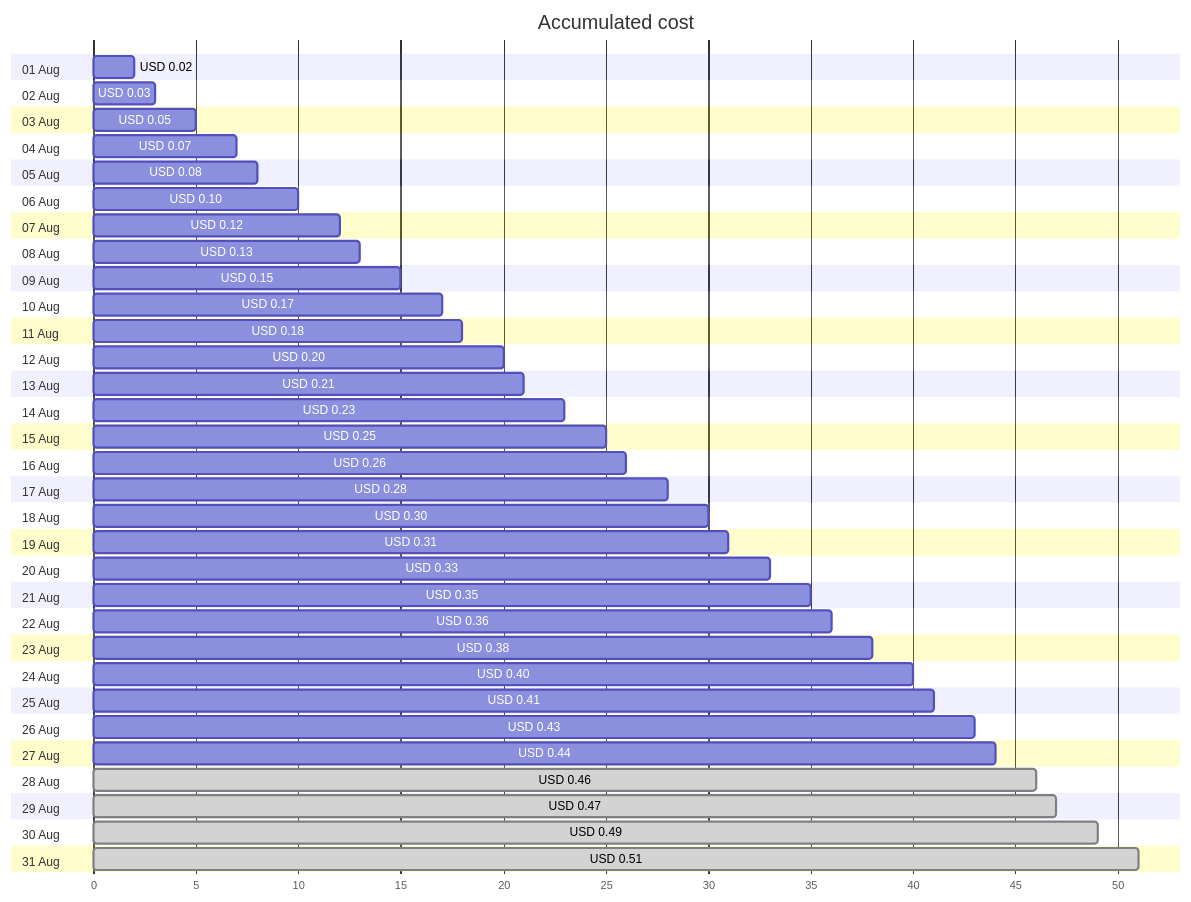
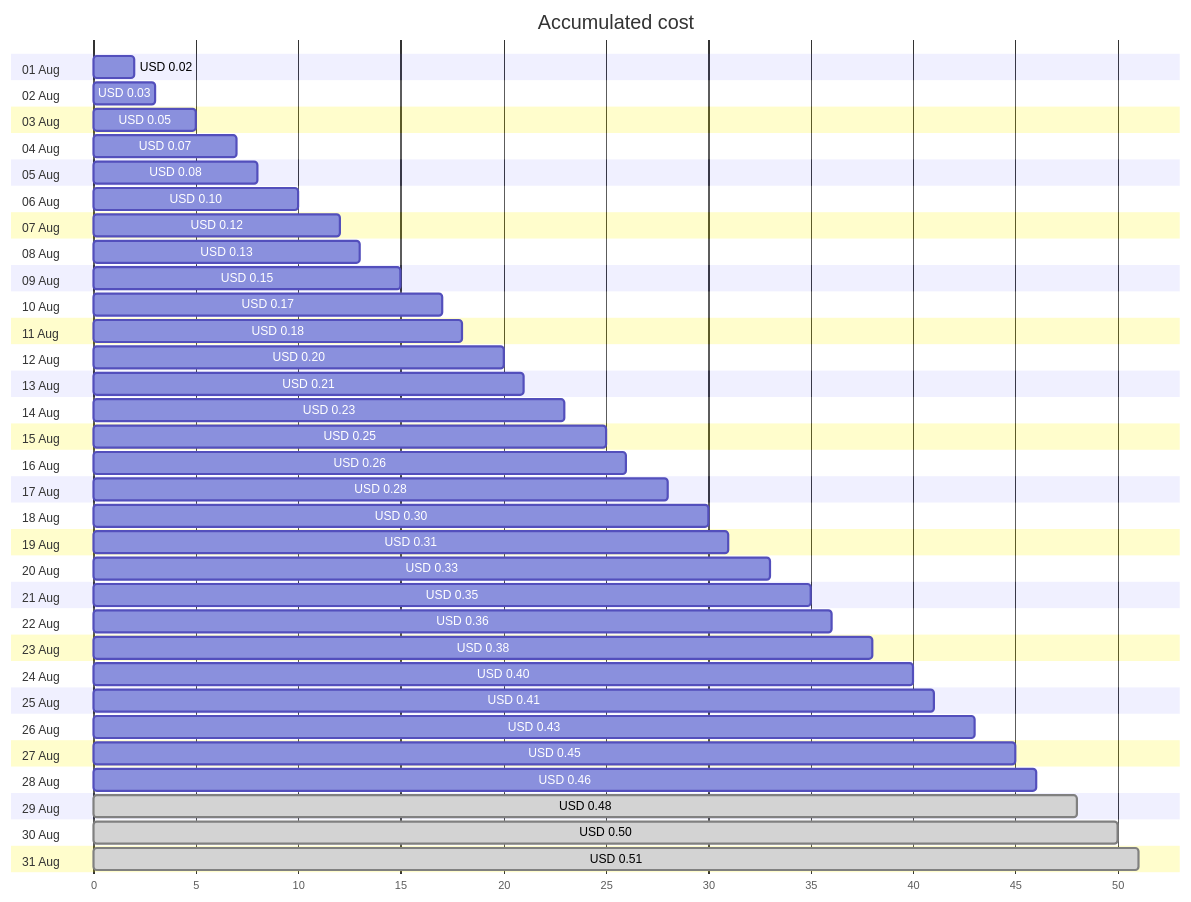
One commit to jpfulton/azure-personal-reports changed the first of 4 diagrams in cost-reports/personal-dns/jpatrickfulton.dev.md. Above: the diagram before and after it, drawn with Mermaid. The commit also changed other lines of this file and 2 other files, not shown here.

````diff
--- a/cost-reports/personal-dns/jpatrickfulton.dev.md
+++ b/cost-reports/personal-dns/jpatrickfulton.dev.md
@@ -20,68 +20,68 @@
 ```mermaid
 gantt
    title Accumulated cost
    dateFormat  X
    axisFormat %s
    section 01 Aug
    USD 0.02 :0, 2
    section 02 Aug
    USD 0.03 :0, 3
    section 03 Aug
    USD 0.05 :0, 5
    section 04 Aug
    USD 0.07 :0, 7
    section 05 Aug
    USD 0.08 :0, 8
    section 06 Aug
    USD 0.10 :0, 10
    section 07 Aug
    USD 0.12 :0, 12
    section 08 Aug
    USD 0.13 :0, 13
    section 09 Aug
    USD 0.15 :0, 15
    section 10 Aug
    USD 0.17 :0, 17
    section 11 Aug
    USD 0.18 :0, 18
    section 12 Aug
    USD 0.20 :0, 20
    section 13 Aug
    USD 0.21 :0, 21
    section 14 Aug
    USD 0.23 :0, 23
    section 15 Aug
    USD 0.25 :0, 25
    section 16 Aug
    USD 0.26 :0, 26
    section 17 Aug
    USD 0.28 :0, 28
    section 18 Aug
    USD 0.30 :0, 30
    section 19 Aug
    USD 0.31 :0, 31
    section 20 Aug
    USD 0.33 :0, 33
    section 21 Aug
    USD 0.35 :0, 35
    section 22 Aug
    USD 0.36 :0, 36
    section 23 Aug
    USD 0.38 :0, 38
    section 24 Aug
    USD 0.40 :0, 40
    section 25 Aug
    USD 0.41 :0, 41
    section 26 Aug
    USD 0.43 :0, 43
    section 27 Aug
-   USD 0.44 :0, 44
+   USD 0.45 :0, 45
    section 28 Aug
-   USD 0.46 : done, 0, 46
+   USD 0.46 :0, 46
    section 29 Aug
-   USD 0.47 : done, 0, 47
+   USD 0.48 : done, 0, 48
    section 30 Aug
-   USD 0.49 : done, 0, 49
+   USD 0.50 : done, 0, 50
    section 31 Aug
    USD 0.51 : done, 0, 51
 ```
````
